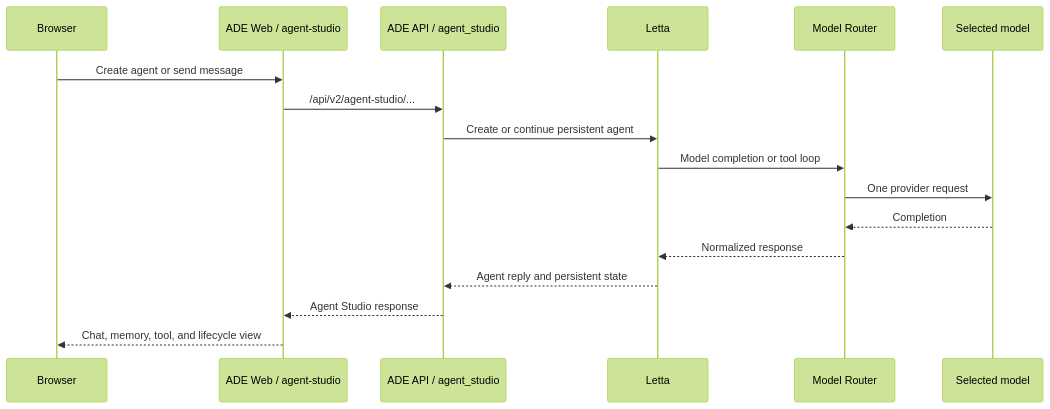
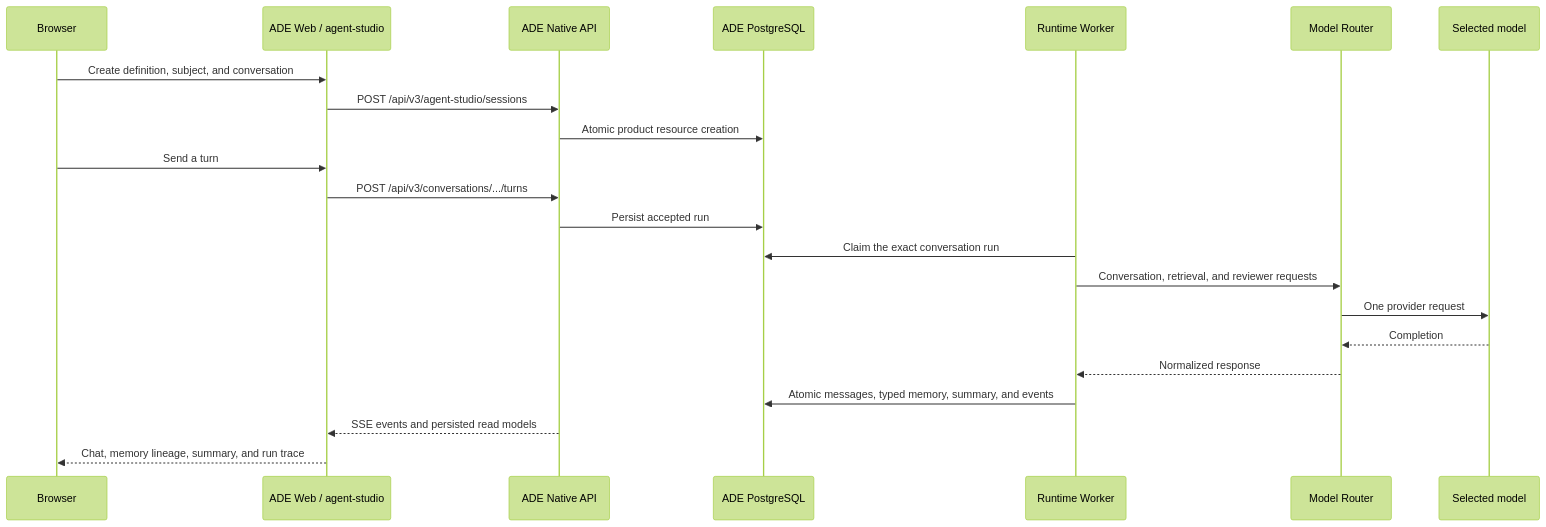
One commit to Wenjun-Mao/Letta-Open-ADE changed the second of 5 diagrams in docs/architecture/request-flows.md. Above: the diagram before and after it, drawn with Mermaid (forest theme). The commit also changed other lines of this file and 184 other files, not shown here.

Commit message:
feat: prepare native Agent Studio cutover

````diff
--- a/docs/architecture/request-flows.md
+++ b/docs/architecture/request-flows.md
@@ -27,19 +27,24 @@
 ```mermaid
 sequenceDiagram
     participant B as Browser
     participant W as ADE Web / agent-studio
-    participant A as ADE API / agent_studio
-    participant L as Letta
+    participant N as ADE Native API
+    participant D as ADE PostgreSQL
+    participant K as Runtime Worker
     participant R as Model Router
     participant M as Selected model
-    B->>W: Create agent or send message
-    W->>A: /api/v2/agent-studio/...
-    A->>L: Create or continue persistent agent
-    L->>R: Model completion or tool loop
+    B->>W: Create definition, subject, and conversation
+    W->>N: POST /api/v3/agent-studio/sessions
+    N->>D: Atomic product resource creation
+    B->>W: Send a turn
+    W->>N: POST /api/v3/conversations/.../turns
+    N->>D: Persist accepted run
+    K->>D: Claim the exact conversation run
+    K->>R: Conversation, retrieval, and reviewer requests
     R->>M: One provider request
     M-->>R: Completion
-    R-->>L: Normalized response
-    L-->>A: Agent reply and persistent state
-    A-->>W: Agent Studio response
-    W-->>B: Chat, memory, tool, and lifecycle view
+    R-->>K: Normalized response
+    K->>D: Atomic messages, typed memory, summary, and events
+    N-->>W: SSE events and persisted read models
+    W-->>B: Chat, memory lineage, summary, and run trace
 ```
````
